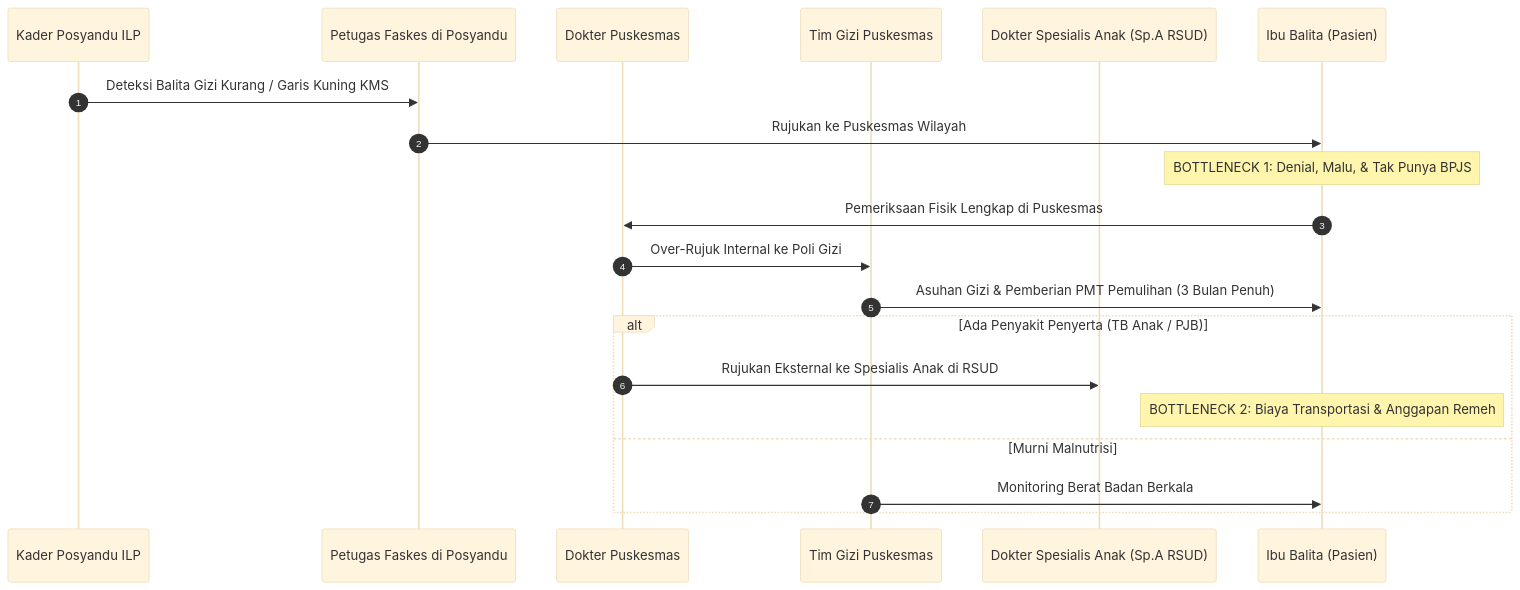
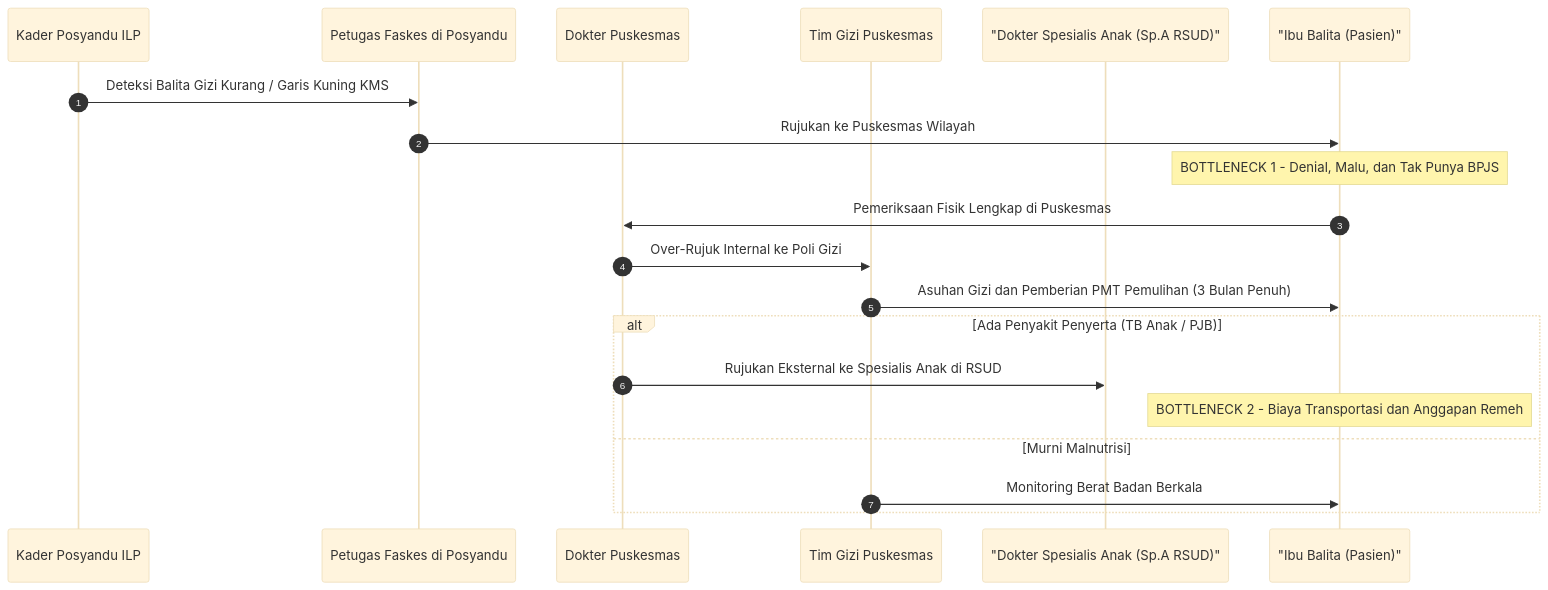
The second of 3 diagrams in 06-expert-advisory-meeting/hasil-wawancara-dr-dewi-dan-bpk-setyohadi-14-oktober-2026.md (gerrardgs/Inkubasi-Startup-BTP), drawn with Mermaid (base theme) before and after one commit. The commit also changed other lines of this file and 2 other files, not shown here.

Commit message:
fix(mermaid): perbaiki sintaks mermaid diagram agar render sempurna di GitHub

````diff
--- a/06-expert-advisory-meeting/hasil-wawancara-dr-dewi-dan-bpk-setyohadi-14-oktober-2026.md
+++ b/06-expert-advisory-meeting/hasil-wawancara-dr-dewi-dan-bpk-setyohadi-14-oktober-2026.md
@@ -97,23 +97,23 @@
 ```mermaid
 sequenceDiagram
   autonumber
   participant K as Kader Posyandu ILP
   participant P as Petugas Faskes di Posyandu
   participant D as Dokter Puskesmas
   participant G as Tim Gizi Puskesmas
-  participant S as Dokter Spesialis Anak (Sp.A RSUD)
-  participant I as Ibu Balita (Pasien)
+  participant S as "Dokter Spesialis Anak (Sp.A RSUD)"
+  participant I as "Ibu Balita (Pasien)"
 
   K->>P: Deteksi Balita Gizi Kurang / Garis Kuning KMS
   P->>I: Rujukan ke Puskesmas Wilayah
-  Note over I: BOTTLENECK 1: Denial, Malu, & Tak Punya BPJS
+  Note over I: BOTTLENECK 1 - Denial, Malu, dan Tak Punya BPJS
   I->>D: Pemeriksaan Fisik Lengkap di Puskesmas
   D->>G: Over-Rujuk Internal ke Poli Gizi
-  G->>I: Asuhan Gizi & Pemberian PMT Pemulihan (3 Bulan Penuh)
+  G->>I: Asuhan Gizi dan Pemberian PMT Pemulihan (3 Bulan Penuh)
   alt Ada Penyakit Penyerta (TB Anak / PJB)
     D->>S: Rujukan Eksternal ke Spesialis Anak di RSUD
-    Note over I: BOTTLENECK 2: Biaya Transportasi & Anggapan Remeh
+    Note over I: BOTTLENECK 2 - Biaya Transportasi dan Anggapan Remeh
   else Murni Malnutrisi
     G->>I: Monitoring Berat Badan Berkala
   end
 ```
````
